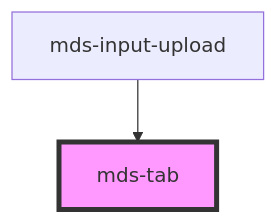
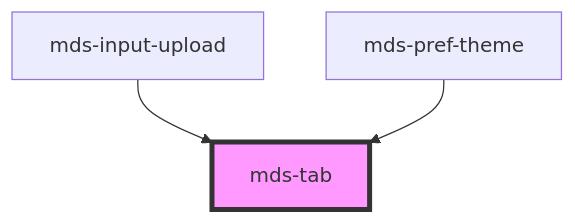
One commit to magma-design-system/magma changed the diagram in projects/stencil/src/components/mds-tab/readme.md. Above: the diagram before and after it, drawn with Mermaid. The commit also changed other lines of this file and 16 other files, not shown here.

Commit message:
feat(stencil): add component draft mds-pref-theme

````diff
--- a/projects/stencil/src/components/mds-tab/readme.md
+++ b/projects/stencil/src/components/mds-tab/readme.md
@@ -48,5 +49,6 @@
 ```mermaid
 graph TD;
   mds-input-upload --> mds-tab
+  mds-pref-theme --> mds-tab
   style mds-tab fill:#f9f,stroke:#333,stroke-width:4px
 ```
````
